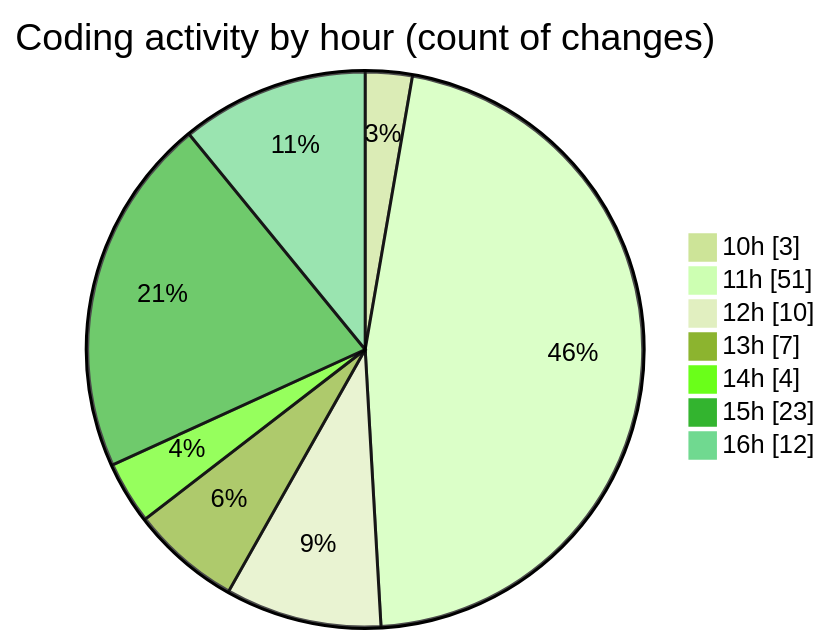
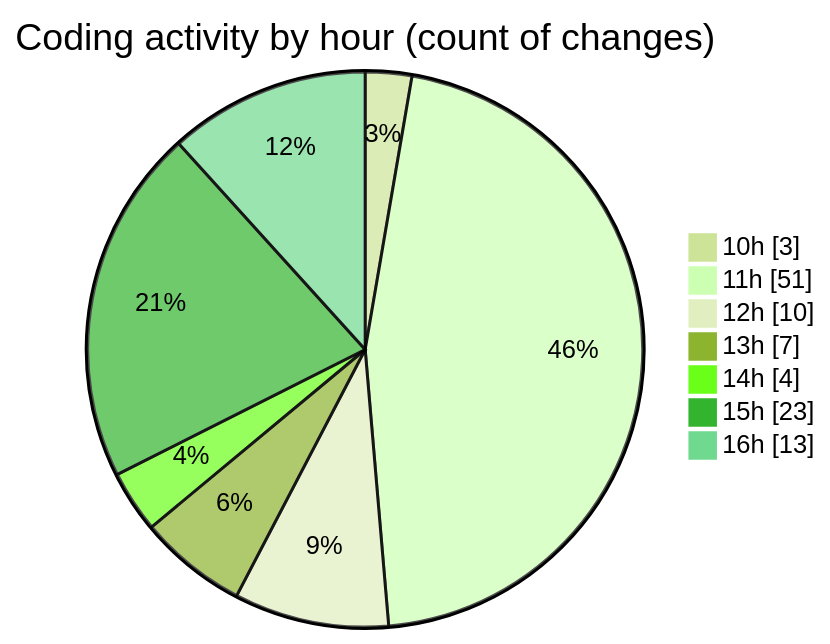
Before and after one commit to nxtqubesakshisongat/code-tracking: the second of 2 diagrams in 2025-07-11/argos/README.md, drawn with Mermaid (forest theme). The commit also changed other lines of this file and 1 other file, not shown here.

````diff
--- a/2025-07-11/argos/README.md
+++ b/2025-07-11/argos/README.md
@@ -35,11 +35,11 @@
 ```mermaid
 pie showData
 title Coding activity by hour (count of changes)
 "10h" : 3
 "11h" : 51
 "12h" : 10
 "13h" : 7
 "14h" : 4
 "15h" : 23
-"16h" : 12
+"16h" : 13
 ```
````
